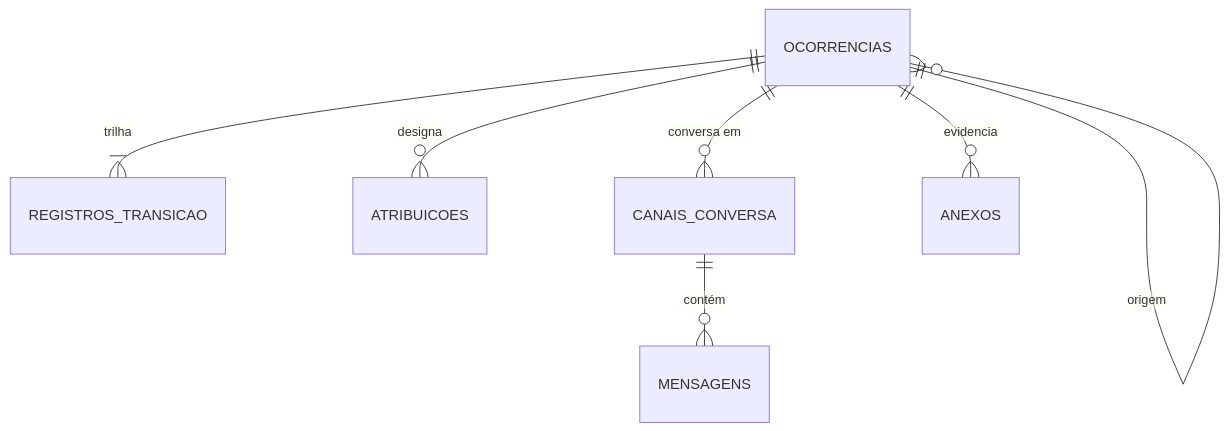
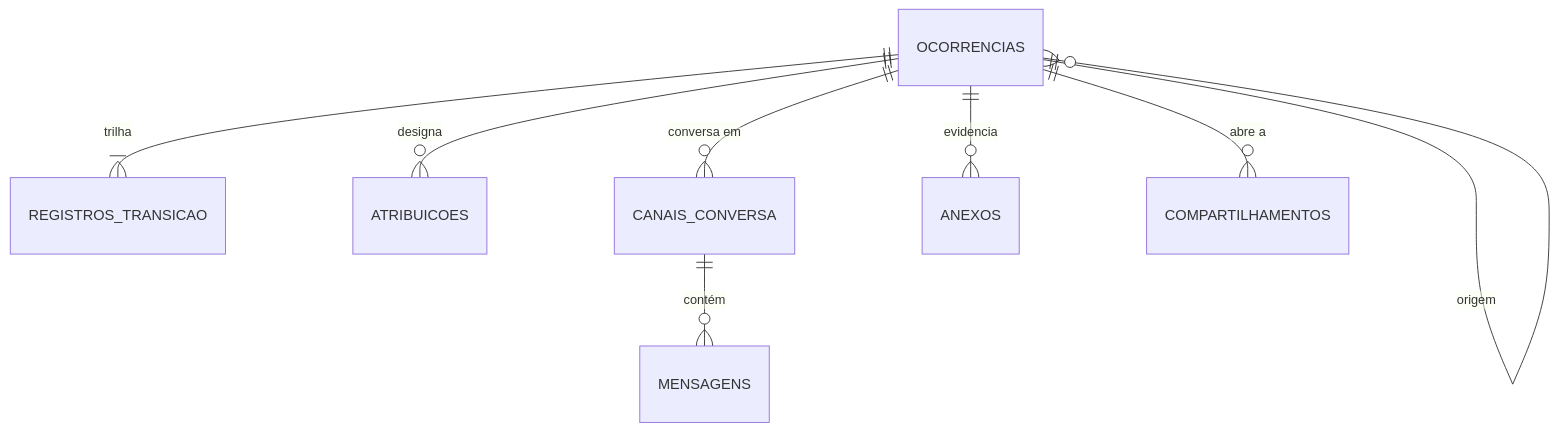
Before and after one commit to natanjunior/8FSDT-Hackathon: the second of 2 diagrams in docs/banco-de-dados.md, drawn with Mermaid. The commit also changed other lines of this file and 11 other files, not shown here.

````diff
--- a/docs/banco-de-dados.md
+++ b/docs/banco-de-dados.md
@@ -48,10 +49,11 @@
 ```mermaid
 erDiagram
     direction TB
     OCORRENCIAS ||--|{ REGISTROS_TRANSICAO : "trilha"
     OCORRENCIAS ||--o{ ATRIBUICOES : "designa"
     OCORRENCIAS ||--o{ CANAIS_CONVERSA : "conversa em"
     OCORRENCIAS ||--o{ ANEXOS : "evidencia"
+    OCORRENCIAS ||--o{ COMPARTILHAMENTOS : "abre a"
     OCORRENCIAS ||--o{ OCORRENCIAS : "origem"
     CANAIS_CONVERSA ||--o{ MENSAGENS : "contém"
 ```
````
